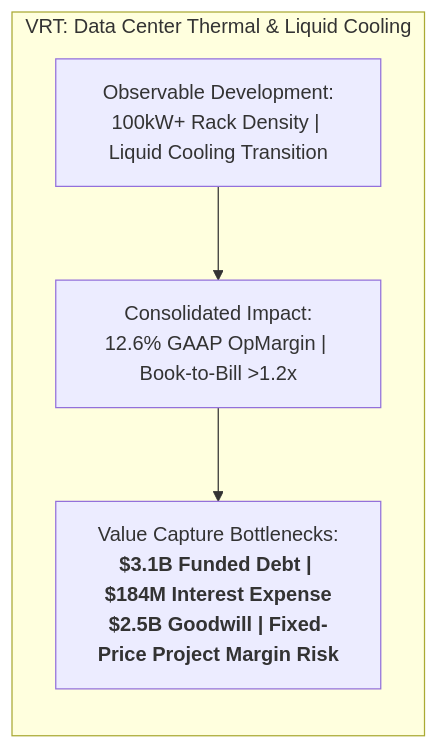
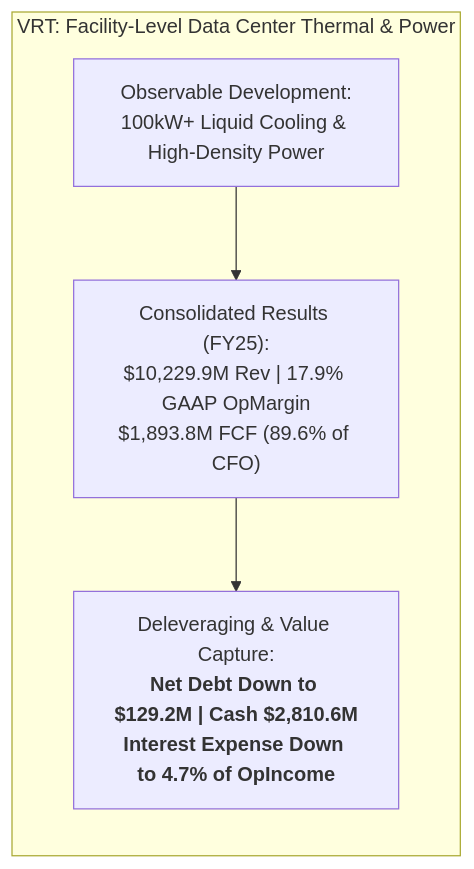
The second of 3 diagrams in docs/research/evidence_led_discovery/DISCOVERY_OPPORTUNITY_RECORDS.md (daakara/finance), drawn with Mermaid before and after one commit. The commit also changed other lines of this file and 5 other files, not shown here.

````diff
--- a/docs/research/evidence_led_discovery/DISCOVERY_OPPORTUNITY_RECORDS.md
+++ b/docs/research/evidence_led_discovery/DISCOVERY_OPPORTUNITY_RECORDS.md
@@ -87,9 +89,9 @@
 ```mermaid
 flowchart LR
-    subgraph VRT_Profile["VRT: Data Center Thermal & Liquid Cooling"]
-        Dev["Observable Development:<br/>100kW+ Rack Density | Liquid Cooling Transition"]
-        Econ["Consolidated Impact:<br/>12.6% GAAP OpMargin | Book-to-Bill >1.2x"]
-        Cap["Value Capture Bottlenecks:<br/><b>$3.1B Funded Debt | $184M Interest Expense<br/>$2.5B Goodwill | Fixed-Price Project Margin Risk</b>"]
+    subgraph VRT_Profile["VRT: Facility-Level Data Center Thermal & Power"]
+        Dev["Observable Development:<br/>100kW+ Liquid Cooling & High-Density Power"]
+        Econ["Consolidated Results (FY25):<br/>$10,229.9M Rev | 17.9% GAAP OpMargin<br/>$1,893.8M FCF (89.6% of CFO)"]
+        Cap["Deleveraging & Value Capture:<br/><b>Net Debt Down to $129.2M | Cash $2,810.6M<br/>Interest Expense Down to 4.7% of OpIncome</b>"]
     end
     Dev --> Econ --> Cap
 ```
````
